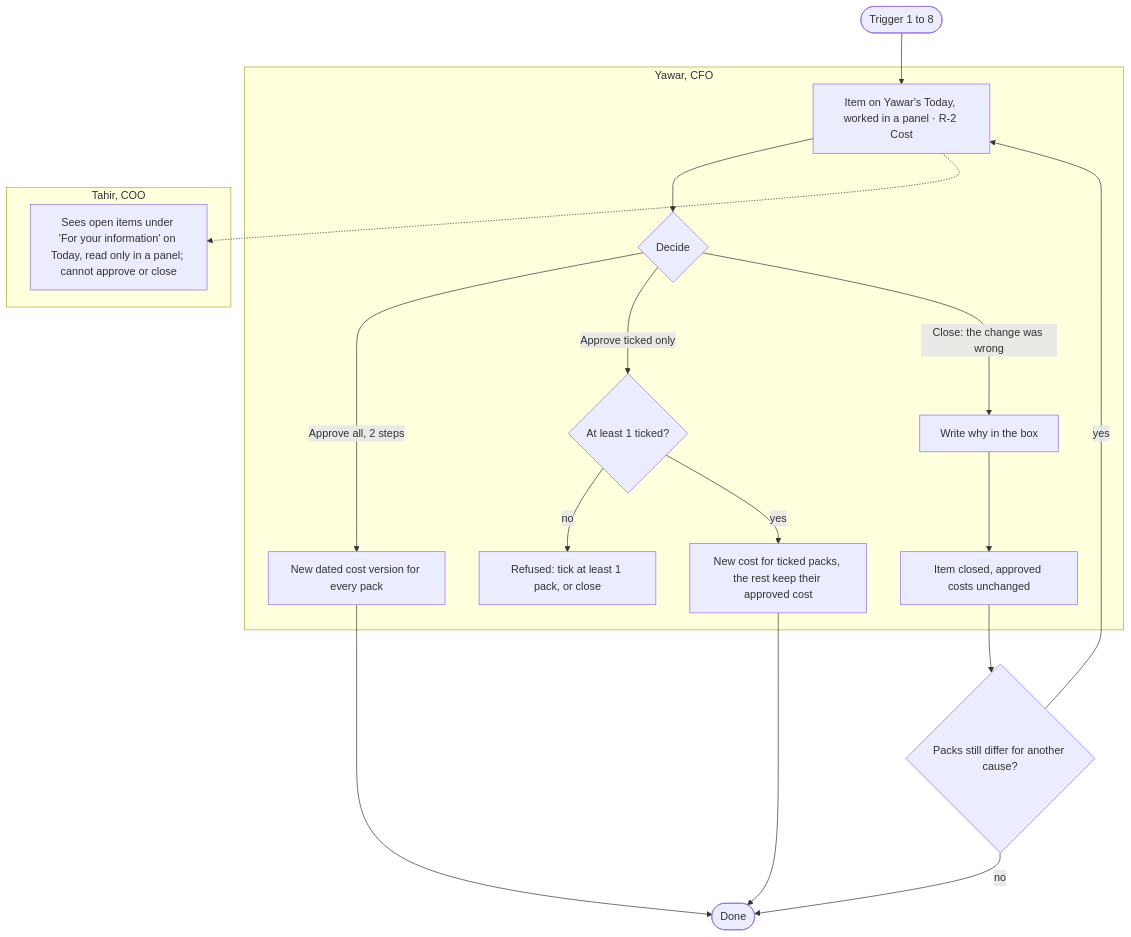
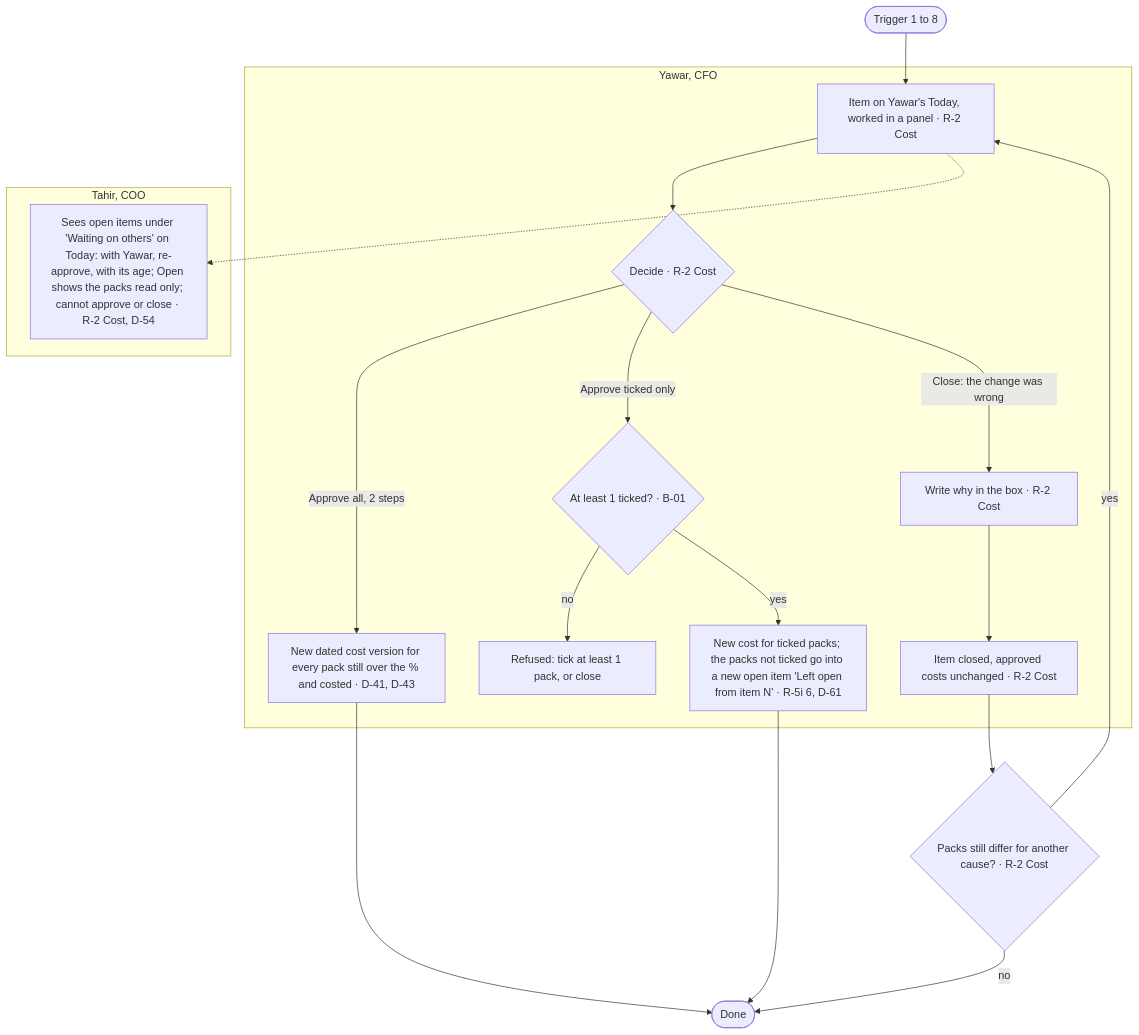
The third of 17 diagrams in apps/c2m/docs/01-process-flows.md (taabbas1947-eng/VAN-OP), drawn with Mermaid before and after one commit. The commit also changed other lines of this file and 18 other files, not shown here.

````diff
--- a/apps/c2m/docs/01-process-flows.md
+++ b/apps/c2m/docs/01-process-flows.md
@@ -80,21 +82,21 @@
 ```mermaid
 flowchart TB
   T([Trigger 1 to 8]) --> I[Item on Yawar's Today, worked in a panel · R-2 Cost]
   subgraph CFO [Yawar, CFO]
-    I --> Q{Decide}
-    Q -- Approve all, 2 steps --> A1[New dated cost version for every pack]
-    Q -- Approve ticked only --> A2{At least 1 ticked?}
+    I --> Q{Decide · R-2 Cost}
+    Q -- Approve all, 2 steps --> A1[New dated cost version for every pack still over the % and costed · D-41, D-43]
+    Q -- Approve ticked only --> A2{At least 1 ticked? · B-01}
     A2 -- no --> R1[Refused: tick at least 1 pack, or close]
-    A2 -- yes --> A3[New cost for ticked packs, the rest keep their approved cost]
-    Q -- Close: the change was wrong --> Z1[Write why in the box] --> Z2[Item closed, approved costs unchanged]
+    A2 -- yes --> A3[New cost for ticked packs; the packs not ticked go into a new open item 'Left open from item N' · R-5i 6, D-61]
+    Q -- Close: the change was wrong --> Z1[Write why in the box · R-2 Cost] --> Z2[Item closed, approved costs unchanged · R-2 Cost]
   end
   subgraph COO [Tahir, COO]
-    V[Sees open items under 'For your information' on Today, read only in a panel; cannot approve or close]
+    V[Sees open items under 'Waiting on others' on Today: with Yawar, re-approve, with its age; Open shows the packs read only; cannot approve or close · R-2 Cost, D-54]
   end
-  Z2 --> Z3{Packs still differ for another cause?}
+  Z2 --> Z3{Packs still differ for another cause? · R-2 Cost}
   Z3 -- yes --> I
   Z3 -- no --> E([Done])
   A1 --> E
   A3 --> E
   I -.-> V
 ```
````
